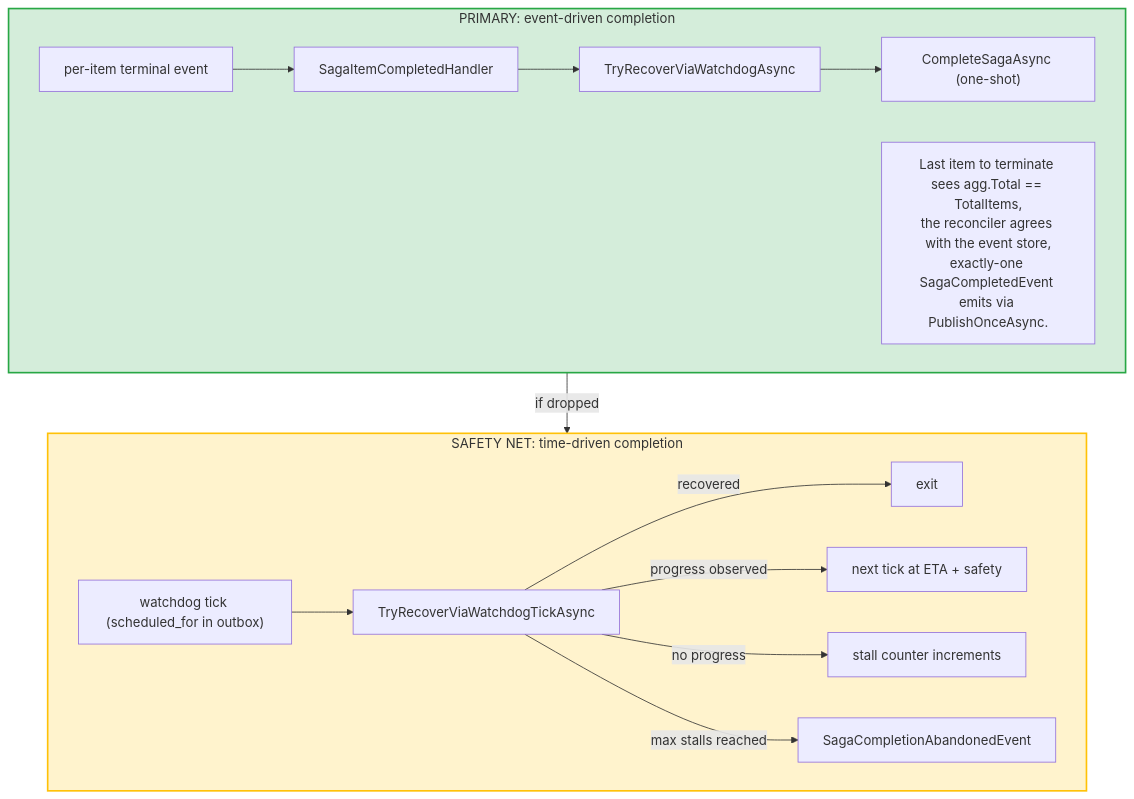
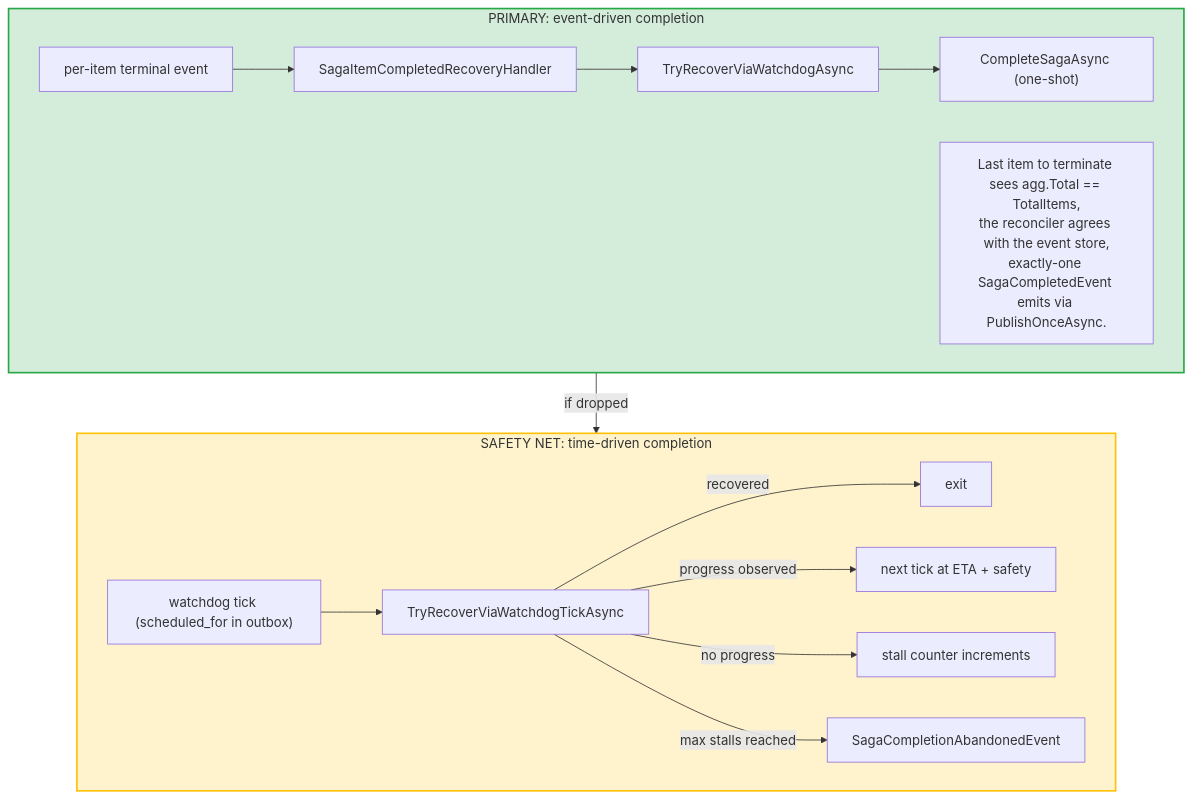
Before and after one commit to whizbang-lib/whizbang-lib.github.io: the diagram in src/assets/docs/v1.0.0/fundamentals/sagas/completion-orchestration.md, drawn with Mermaid. The commit also changed other lines of this file and 48 other files, not shown here.

````diff
--- a/src/assets/docs/v1.0.0/fundamentals/sagas/completion-orchestration.md
+++ b/src/assets/docs/v1.0.0/fundamentals/sagas/completion-orchestration.md
@@ -32,22 +40,22 @@
 ```mermaid
 flowchart TD
     subgraph Primary["PRIMARY: event-driven completion"]
-        P1["per-item terminal event"] --> P2["SagaItemCompletedHandler"]
+        P1["per-item terminal event"] --> P2["SagaItemCompletedRecoveryHandler"]
         P2 --> P3["TryRecoverViaWatchdogAsync"]
         P3 --> P4["CompleteSagaAsync (one-shot)"]
         PNote["Last item to terminate sees agg.Total == TotalItems,<br/>the reconciler agrees with the event store,<br/>exactly-one SagaCompletedEvent emits via PublishOnceAsync."]
     end
 
     subgraph Safety["SAFETY NET: time-driven completion"]
         S1["watchdog tick (scheduled_for in outbox)"] --> S2["TryRecoverViaWatchdogTickAsync"]
         S2 -->|"recovered"| S3["exit"]
         S2 -->|"progress observed"| S4["next tick at ETA + safety"]
         S2 -->|"no progress"| S5["stall counter increments"]
         S2 -->|"max stalls reached"| S6["SagaCompletionAbandonedEvent"]
     end
 
     Primary -->|"if dropped"| Safety
 
     style Primary fill:#d4edda,stroke:#28a745,stroke-width:2px
     style Safety fill:#fff3cd,stroke:#ffc107,stroke-width:2px
 ```
````
